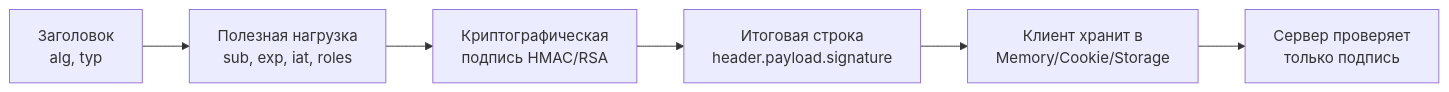
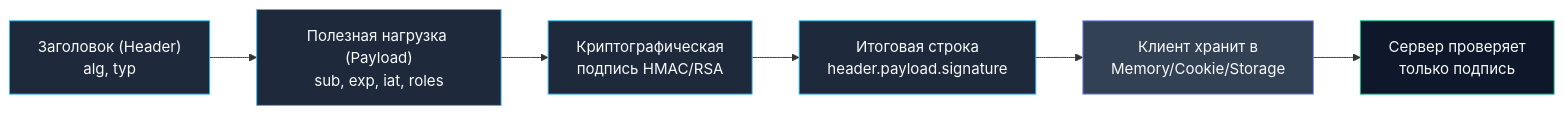
The first of 2 diagrams in sources/9. Бэкенд на Go (Практика разработки)/19. Authentication. JWT.md (UnrealTemplier/go-textbook), drawn with Mermaid before and after one commit. The commit also changed other lines of this file, not shown here.

````diff
--- a/sources/9. Бэкенд на Go (Практика разработки)/19. Authentication. JWT.md
+++ b/sources/9. Бэкенд на Go (Практика разработки)/19. Authentication. JWT.md
@@ -7,8 +11,15 @@
 ```mermaid
 flowchart LR
-    A["Заголовок<br>alg, typ"] --> B["Полезная нагрузка<br>sub, exp, iat, roles"]
+    A["Заголовок (Header)<br>alg, typ"] --> B["Полезная нагрузка (Payload)<br>sub, exp, iat, roles"]
     B --> C["Криптографическая<br>подпись HMAC/RSA"]
     C --> D["Итоговая строка<br>header.payload.signature"]
     D --> E["Клиент хранит в<br>Memory/Cookie/Storage"]
     E --> F["Сервер проверяет<br>только подпись"]
+
+    classDef token fill:#1e293b,stroke:#38bdf8,color:#f8fafc;
+    classDef client fill:#334155,stroke:#818cf8,color:#f8fafc;
+    classDef verify fill:#0f172a,stroke:#10b981,color:#f8fafc;
+    class A,B,C,D token;
+    class E client;
+    class F verify;
 ```
````
